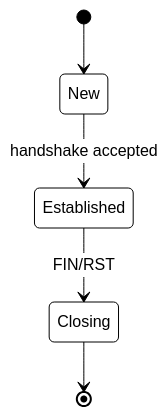
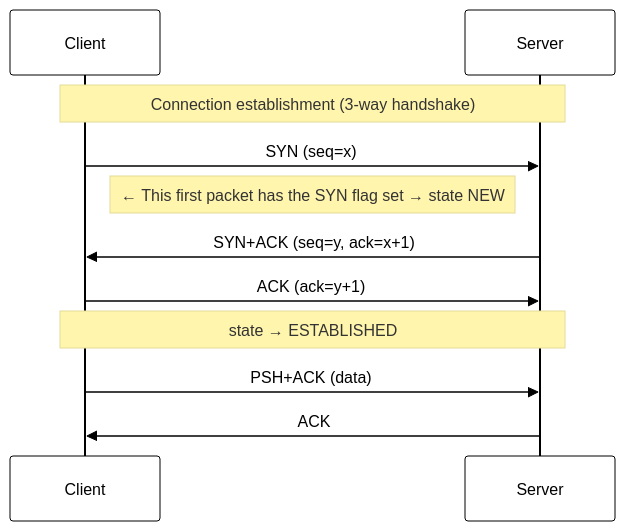
Before and after one commit to cs-pub-ro/SRED-lectures: the fifth of 17 diagrams in 04-firewalls/04-firewalls.md, drawn with Mermaid. The commit also changed other lines of this file and 13 other files, not shown here.

````diff
--- a/04-firewalls/04-firewalls.md
+++ b/04-firewalls/04-firewalls.md
@@ -136,8 +238,14 @@
 ```mermaid
 %%{init: {'theme': 'base', 'themeVariables': {'primaryColor': '#ffffff', 'primaryBorderColor': '#000000', 'primaryTextColor': '#000000', 'lineColor': '#000000'}}}%%
-stateDiagram-v2
-  [*] --> New
-  New --> Established: handshake accepted
-  Established --> Closing: FIN/RST
-  Closing --> [*]
+sequenceDiagram
+  participant C as Client
+  participant S as Server
+  Note over C,S: Connection establishment (3-way handshake)
+  C->>S: SYN (seq=x)
+  Note right of C: ← This first packet has the SYN flag set → state NEW
+  S->>C: SYN+ACK (seq=y, ack=x+1)
+  C->>S: ACK (ack=y+1)
+  Note over C,S: state → ESTABLISHED
+  C->>S: PSH+ACK (data)
+  S->>C: ACK
 ```
````
